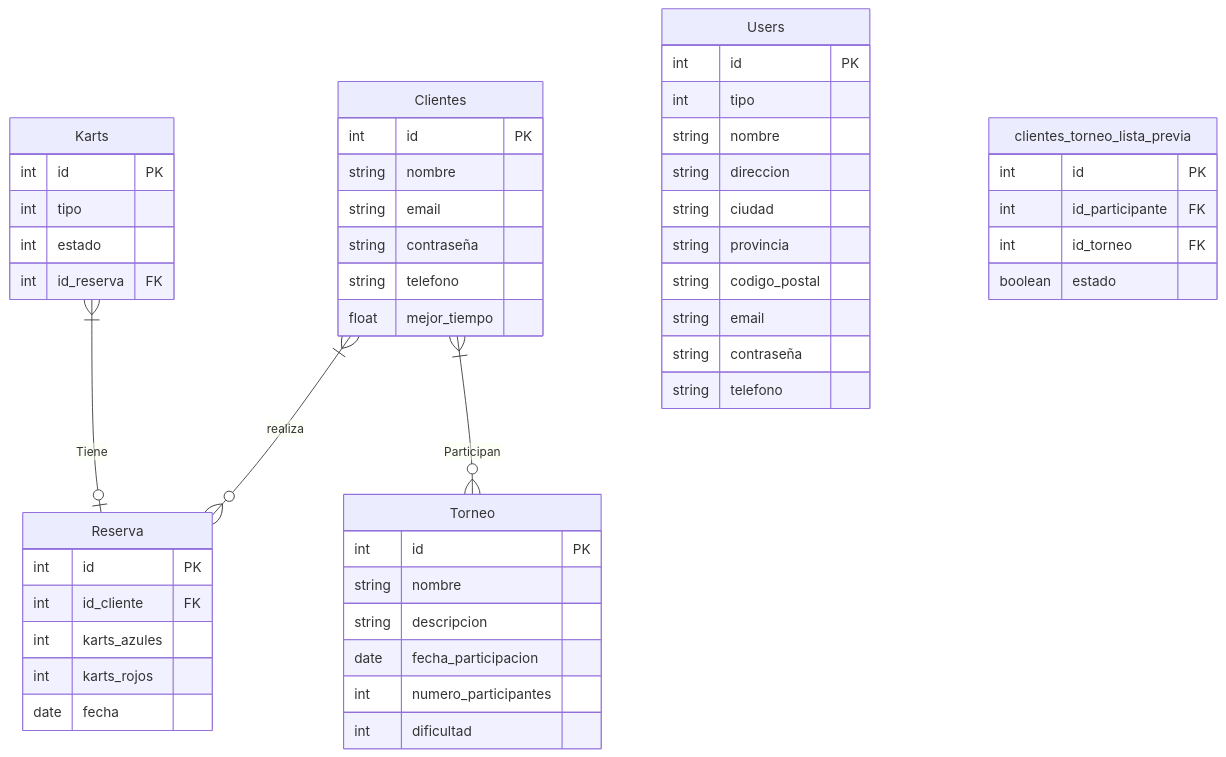
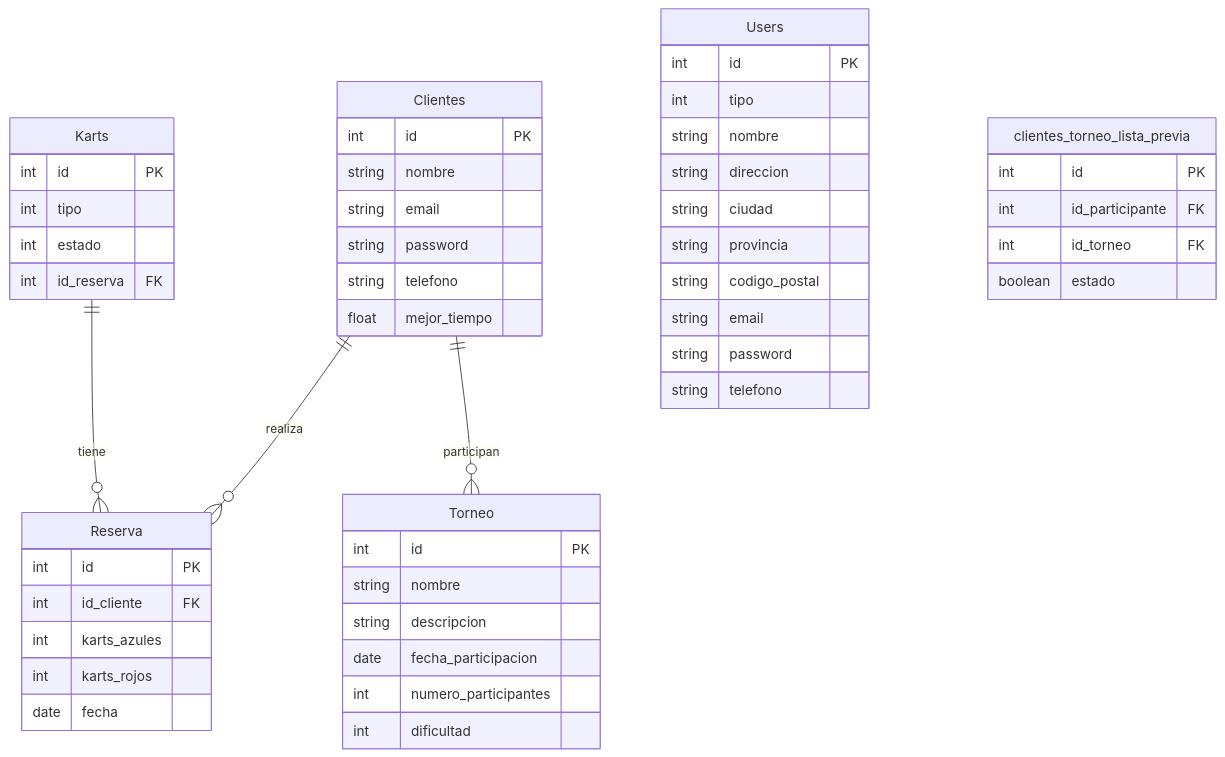
Before and after one commit to jglgap/kartmania: the diagram in doc/templates/3_deseño.md, drawn with Mermaid.

````diff
--- a/doc/templates/3_deseño.md
+++ b/doc/templates/3_deseño.md
@@ -7,61 +7,60 @@
 ```mermaid
 erDiagram
     
-    Clientes }|--o{ Reserva : "realiza"
-    Karts }|--o| Reserva : "Tiene"
-    Clientes }|--o{ Torneo : "Participan"
-
+    Clientes ||--o{ Reserva : realiza
+    Karts ||--o{ Reserva : tiene
+    Clientes ||--o{ Torneo : participan
 
     Clientes {
         int id PK
         string nombre
         string email
-        string contraseña
+        string password
         string telefono
         float mejor_tiempo
     }
 
     Users {
         int id PK
         int tipo
         string nombre
         string direccion
         string ciudad
         string provincia
         string codigo_postal
         string email
-        string contraseña
+        string password
         string telefono
     }
 
     Karts {
         int id PK
         int tipo
         int estado
         int id_reserva FK
     }
 
     Reserva {
         int id PK
         int id_cliente FK
         int karts_azules
         int karts_rojos
         date fecha
     }
 
     Torneo {
         int id PK
         string nombre
         string descripcion
         date fecha_participacion
         int numero_participantes
         int dificultad
     }
 
     clientes_torneo_lista_previa {
         int id PK
         int id_participante FK
         int id_torneo FK
         boolean estado
     }
 ```
````
